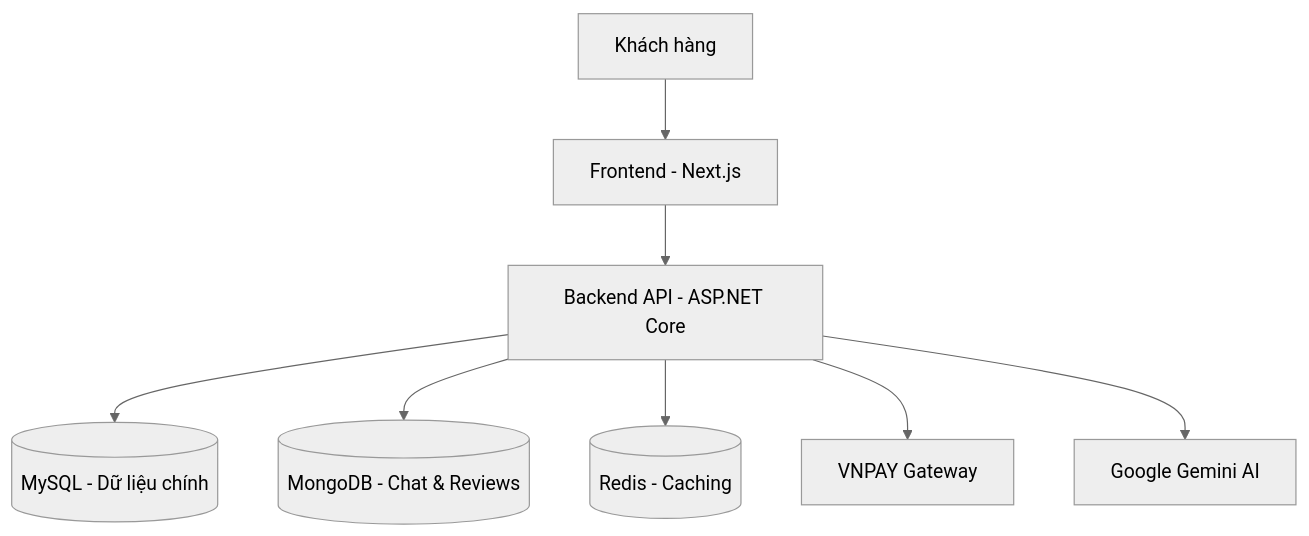
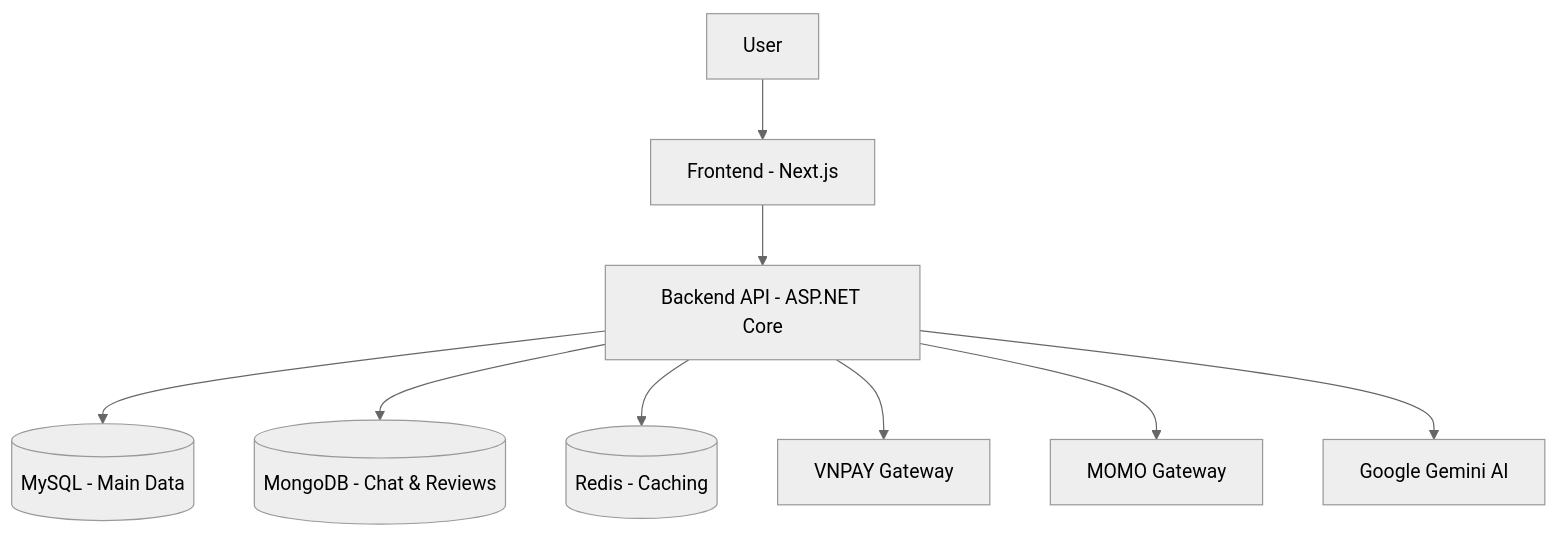
The diagram in README.md (thanhnhat23/PBL3_Cinema-Management), drawn with Mermaid (neutral theme) before and after one commit. The commit also changed other lines of this file, not shown here.

````diff
--- a/README.md
+++ b/README.md
@@ -54,10 +105,10 @@
 ```mermaid
 graph TD
-    User[Khách hàng] --> NextJS[Frontend - Next.js]
+    User[User] --> NextJS[Frontend - Next.js]
     NextJS --> API[Backend API - ASP.NET Core]
-    API --> MySQL[(MySQL - Dữ liệu chính)]
+    API --> MySQL[(MySQL - Main Data)]
     API --> Mongo[(MongoDB - Chat & Reviews)]
     API --> Redis[(Redis - Caching)]
-    API --> VNPAY[VNPAY Gateway]
+    API --> VNPAY[VNPAY Gateway] & MOMO[MOMO Gateway]
     API --> Gemini[Google Gemini AI]
 ```
````
